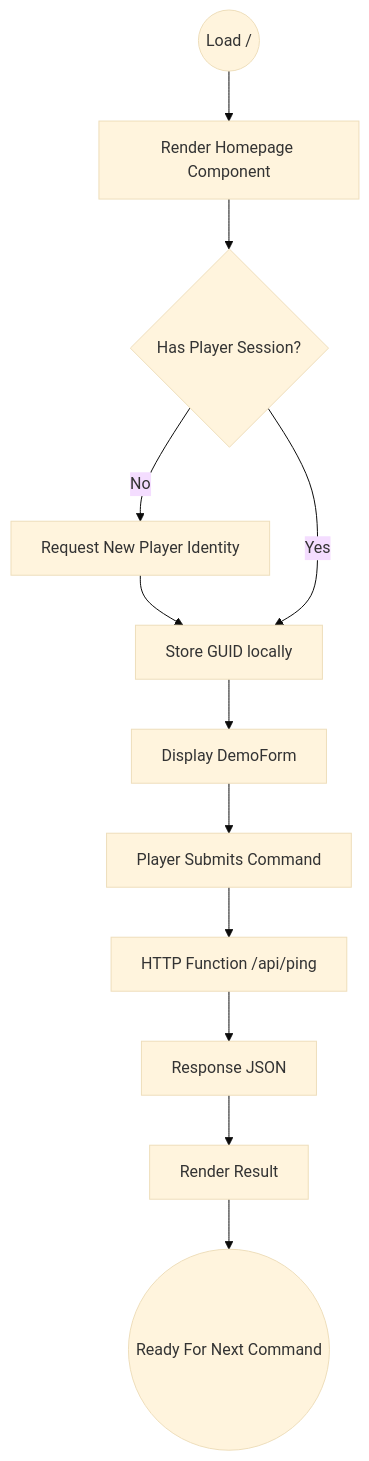
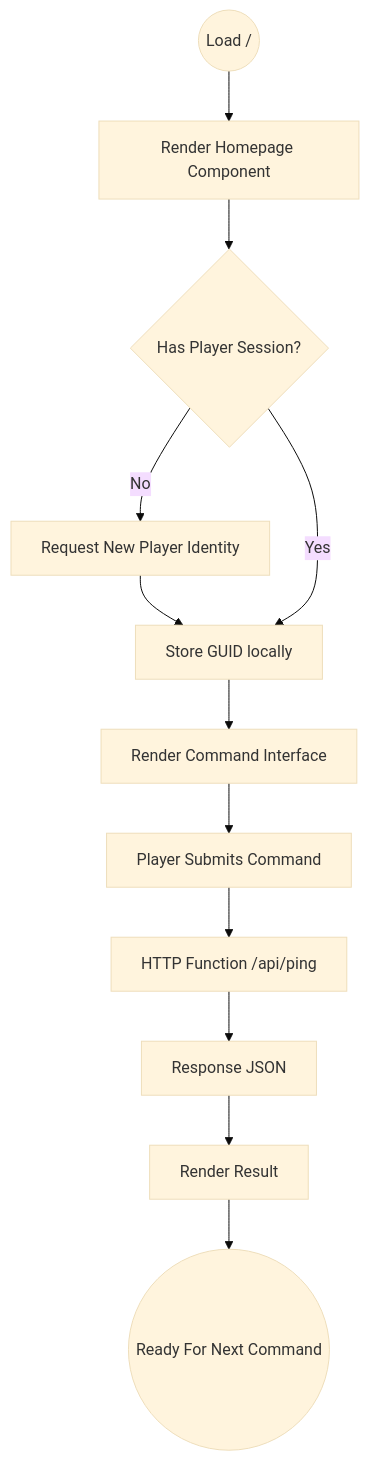
Before and after one commit to piquet-h/the-shifting-atlas: the first of 2 diagrams in docs/ux/user-flows/entry-onboarding-flow.md, drawn with Mermaid (base theme). The commit also changed other lines of this file and 7 other files, not shown here.

Commit message:
Implement Command Interface: add CommandInput and CommandOutput components, integrate into Homepage, and update documentation for improved user interaction and accessibility.

````diff
--- a/docs/ux/user-flows/entry-onboarding-flow.md
+++ b/docs/ux/user-flows/entry-onboarding-flow.md
@@ -66,14 +103,14 @@
 ```mermaid
 flowchart TD
   S((Load /)) --> L[Render Homepage Component]
   L --> C{Has Player Session?}
   C -- No --> N[Request New Player Identity]
   N --> R[Store GUID locally]
   C -- Yes --> R
-  R --> F[Display DemoForm]
-  F --> A[Player Submits Command]
+        R --> F[Render Command Interface]
+    F --> A[Player Submits Command]
   A --> H[HTTP Function /api/ping]
   H --> RESP[Response JSON]
   RESP --> UI[Render Result]
   UI --> E((Ready For Next Command))
 ```
````
